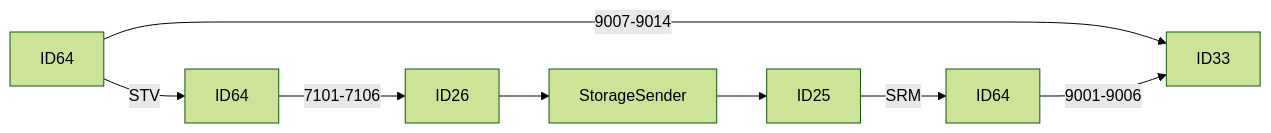
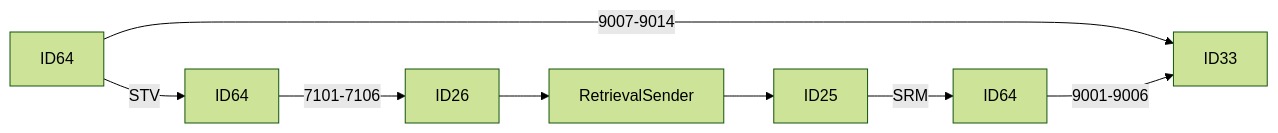
Before and after one commit to luthfiadityaa/SimeDarby-Wiki: the third of 3 diagrams in Basic-Design/DFD-WMS/Retrieval/Unplanned-Retrieval-from-HP-Area.md, drawn with Mermaid (forest theme). The commit also changed other lines of this file, not shown here.

Commit message:
Updated Unplanned Retrieval from HP Area

```diff
--- a/Basic-Design/DFD-WMS/Retrieval/Unplanned-Retrieval-from-HP-Area.md
+++ b/Basic-Design/DFD-WMS/Retrieval/Unplanned-Retrieval-from-HP-Area.md
@@ -26,7 +26,7 @@
 ::: mermaid
 flowchart LR 
-P18[ID64]--> |STV| P19[ID64]--> |7101-7106| P20[ID26]-->P21[StorageSender]-->P22[ID25]--> |SRM| P23[ID64]
+P18[ID64]--> |STV| P19[ID64]--> |7101-7106| P20[ID26]-->P21[RetrievalSender]-->P22[ID25]--> |SRM| P23[ID64]
 
 P18[ID64]--> |9007-9014| P14[ID33]
 P23[ID64]--> |9001-9006|P14[ID33]
 :::
```
